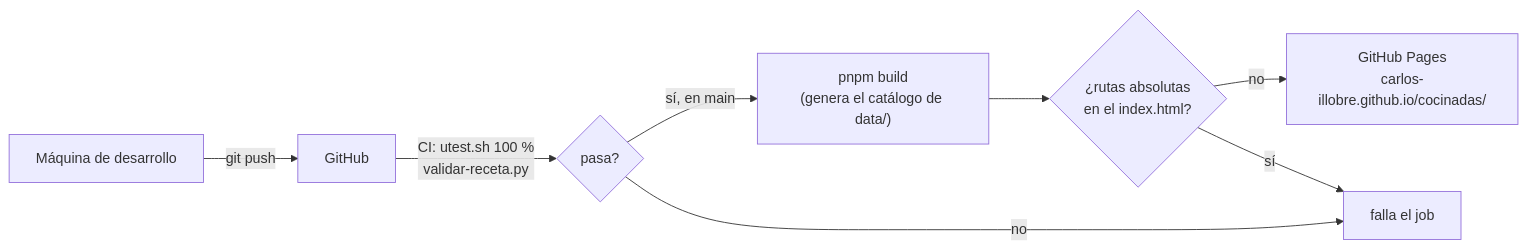
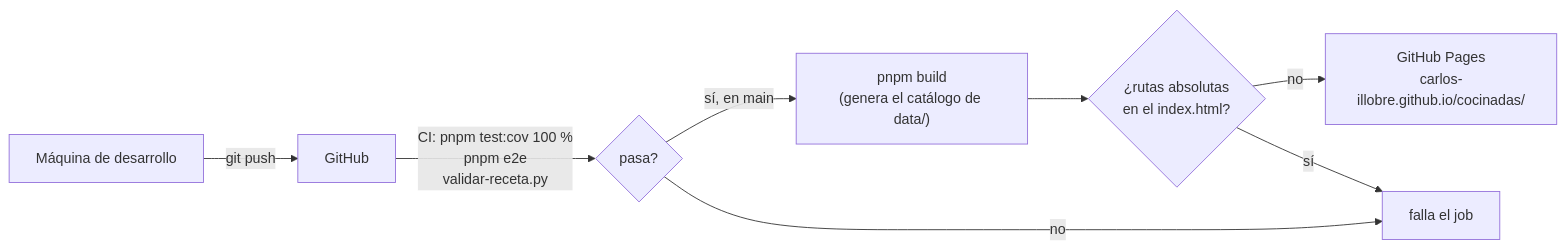
The fourth of 4 diagrams in docs/ARCHITECTURE.md (carlos-illobre/cocinadas), drawn with Mermaid before and after one commit. The commit also changed 8 other files, not shown here.

````diff
--- a/docs/ARCHITECTURE.md
+++ b/docs/ARCHITECTURE.md
@@ -119,10 +119,10 @@
 ```mermaid
 flowchart LR
   dev[Máquina de desarrollo] -- git push --> gh[GitHub]
-  gh -- "CI: utest.sh 100 %<br/>validar-receta.py" --> ci{pasa?}
+  gh -- "CI: pnpm test:cov 100 %<br/>pnpm e2e<br/>validar-receta.py" --> ci{pasa?}
   ci -- "sí, en main" --> build["pnpm build<br/>(genera el catálogo de data/)"]
   build --> guarda{"¿rutas absolutas<br/>en el index.html?"}
   guarda -- "no" --> pages["GitHub Pages<br/>carlos-illobre.github.io/cocinadas/"]
   guarda -- "sí" --> falla["falla el job"]
   ci -- "no" --> falla
 ```
````
